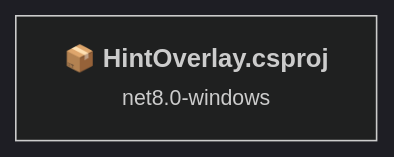
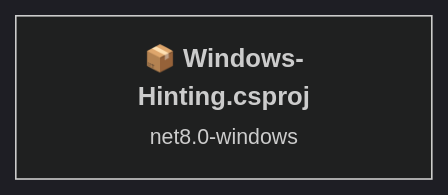
Before and after one commit to knausj85/Windows-Hinting: the first of 2 diagrams in .github/upgrades/scenarios/dotnet-version-upgrade/assessment.md, drawn with Mermaid (dark theme). The commit also changed other lines of this file and 85 other files, not shown here.

Commit message:
Rename project to Windows-Hinting

````diff
--- a/.github/upgrades/scenarios/dotnet-version-upgrade/assessment.md
+++ b/.github/upgrades/scenarios/dotnet-version-upgrade/assessment.md
@@ -86,6 +86,6 @@
 ```mermaid
 flowchart LR
-    P1["<b>📦&nbsp;HintOverlay.csproj</b><br/><small>net8.0-windows</small>"]
-    click P1 "#hintoverlaycsproj"
+    P1["<b>📦&nbsp;Windows-Hinting.csproj</b><br/><small>net8.0-windows</small>"]
+    click P1 "#Windows-Hintingcsproj"
 
 ```
````
